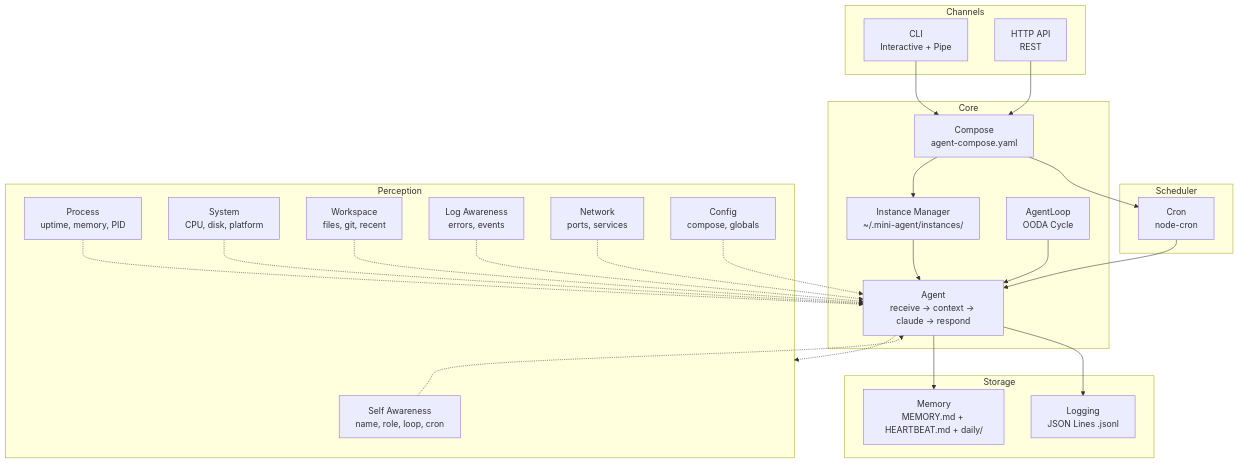
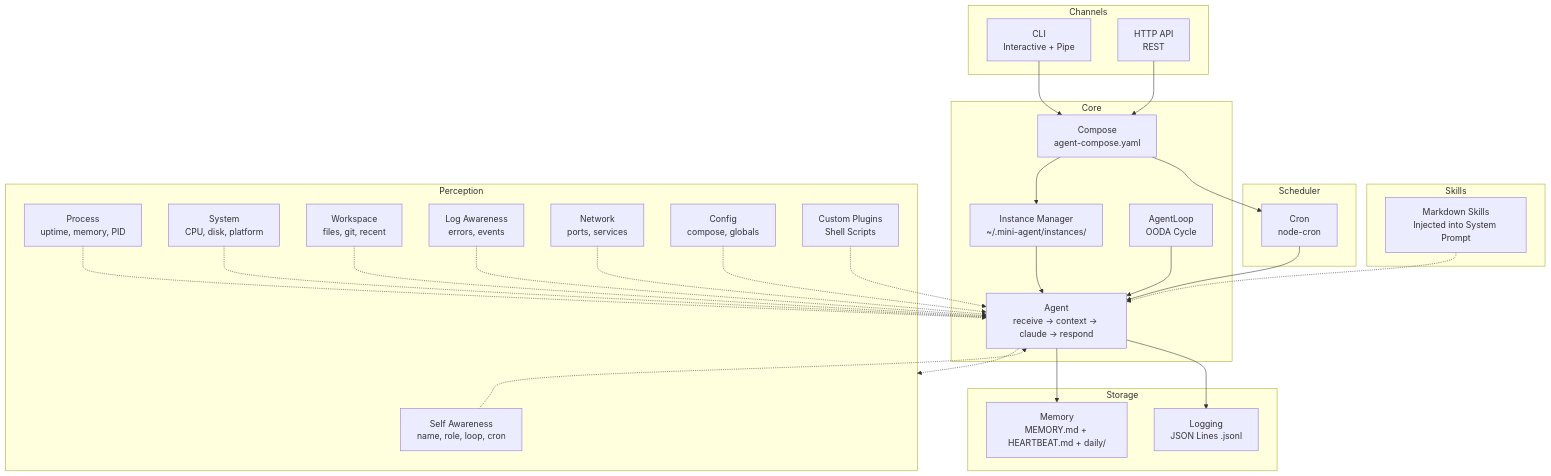
Before and after one commit to miles990/mini-agent: the diagram in README.md, drawn with Mermaid. The commit also changed other lines of this file, not shown here.

````diff
--- a/README.md
+++ b/README.md
@@ -13,52 +14,59 @@
 ```mermaid
 graph TB
     subgraph Channels
         CLI[CLI<br/>Interactive + Pipe]
         API[HTTP API<br/>REST]
     end
 
     subgraph Core
         Compose[Compose<br/>agent-compose.yaml]
         Instance[Instance Manager<br/>~/.mini-agent/instances/]
         Agent[Agent<br/>receive → context → claude → respond]
         Loop[AgentLoop<br/>OODA Cycle]
     end
 
     subgraph Perception
         Self[Self Awareness<br/>name, role, loop, cron]
         Process[Process<br/>uptime, memory, PID]
         System[System<br/>CPU, disk, platform]
         Workspace[Workspace<br/>files, git, recent]
         Logs[Log Awareness<br/>errors, events]
         Network[Network<br/>ports, services]
         Config[Config<br/>compose, globals]
+        Custom[Custom Plugins<br/>Shell Scripts]
+    end
+
+    subgraph Skills
+        Skill[Markdown Skills<br/>Injected into System Prompt]
     end
 
     subgraph Storage
         Memory[Memory<br/>MEMORY.md + HEARTBEAT.md + daily/]
         LogStore[Logging<br/>JSON Lines .jsonl]
     end
 
     subgraph Scheduler
         Cron[Cron<br/>node-cron]
     end
 
     CLI --> Compose
     API --> Compose
     Compose --> Instance
     Instance --> Agent
     Agent --> Memory
     Agent --> LogStore
     Loop --> Agent
     Cron --> Agent
     Compose --> Cron
 
     Agent -.-> Perception
     Self -.-> Agent
     Process -.-> Agent
     System -.-> Agent
     Workspace -.-> Agent
     Logs -.-> Agent
     Network -.-> Agent
     Config -.-> Agent
+    Custom -.-> Agent
+    Skill -.-> Agent
 ```
````
